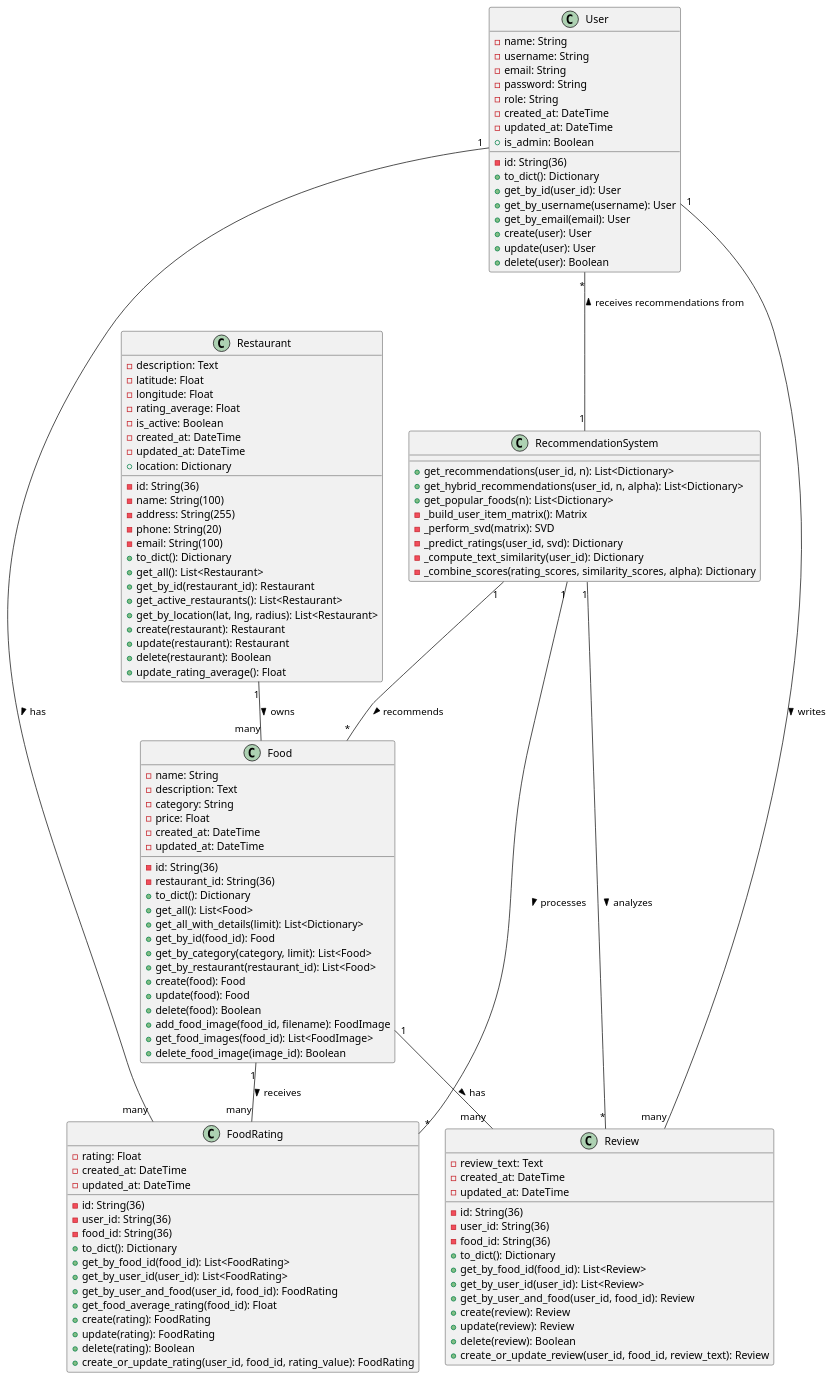
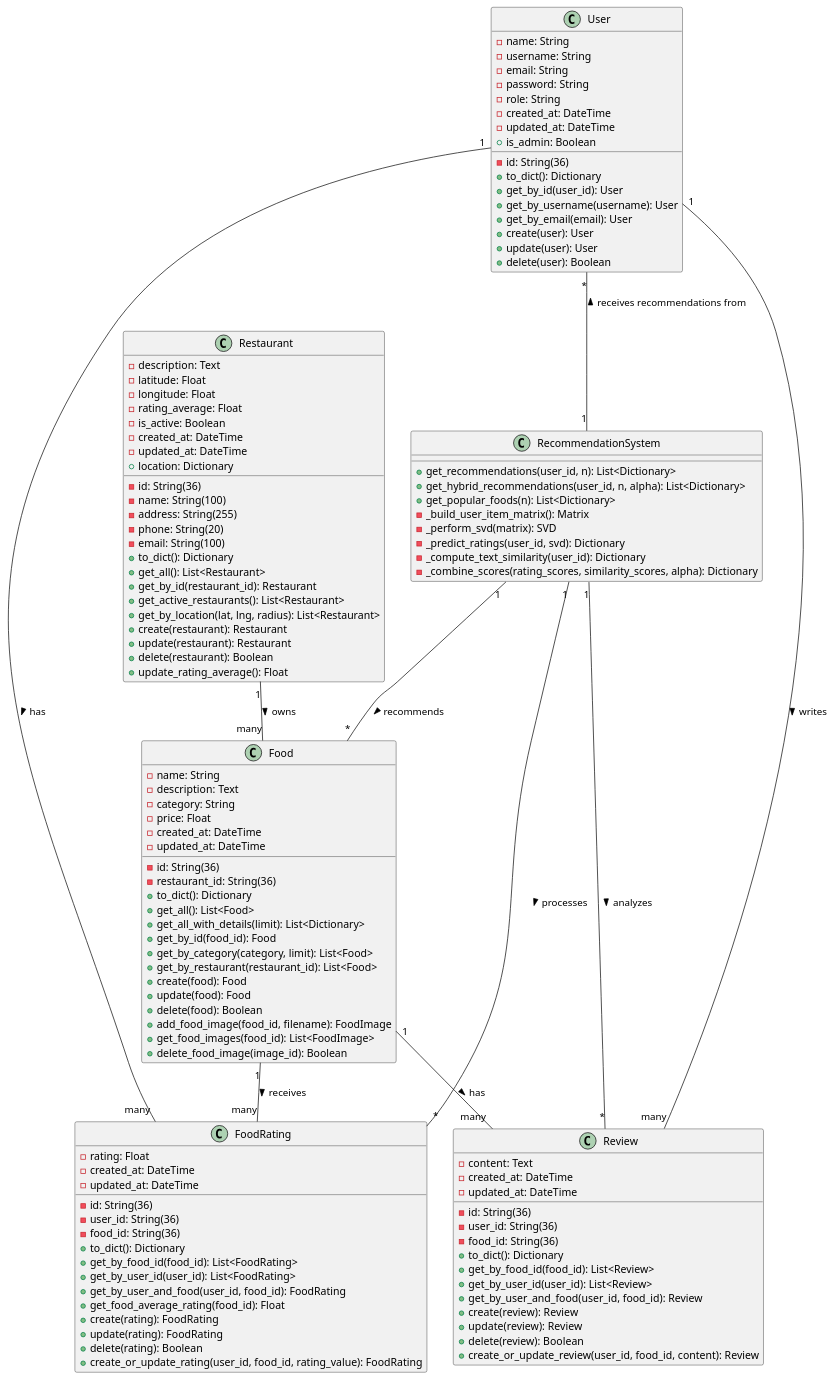
The diagram in backend/class_diagram.puml (asmindev/adza), drawn with PlantUML before and after one commit. The commit also changed 31 other files, not shown here.

```diff
--- a/backend/class_diagram.puml
+++ b/backend/class_diagram.puml
@@ -1,130 +1,130 @@
 @startuml GoFood API Class Diagram
 
 ' Class definitions with attributes and methods
 class User {
   -id: String(36)
   -name: String
   -username: String
   -email: String
   -password: String
   -role: String
   -created_at: DateTime
   -updated_at: DateTime
   +to_dict(): Dictionary
   +is_admin: Boolean
   +get_by_id(user_id): User
   +get_by_username(username): User
   +get_by_email(email): User
   +create(user): User
   +update(user): User
   +delete(user): Boolean
 }
 
 class Restaurant {
   -id: String(36)
   -name: String(100)
   -description: Text
   -address: String(255)
   -phone: String(20)
   -email: String(100)
   -latitude: Float
   -longitude: Float
   -rating_average: Float
   -is_active: Boolean
   -created_at: DateTime
   -updated_at: DateTime
   +to_dict(): Dictionary
   +location: Dictionary
   +get_all(): List<Restaurant>
   +get_by_id(restaurant_id): Restaurant
   +get_active_restaurants(): List<Restaurant>
   +get_by_location(lat, lng, radius): List<Restaurant>
   +create(restaurant): Restaurant
   +update(restaurant): Restaurant
   +delete(restaurant): Boolean
   +update_rating_average(): Float
 }
 
 class Food {
   -id: String(36)
   -name: String
   -description: Text
   -category: String
   -price: Float
   -restaurant_id: String(36)
   -created_at: DateTime
   -updated_at: DateTime
   +to_dict(): Dictionary
   +get_all(): List<Food>
   +get_all_with_details(limit): List<Dictionary>
   +get_by_id(food_id): Food
   +get_by_category(category, limit): List<Food>
   +get_by_restaurant(restaurant_id): List<Food>
   +create(food): Food
   +update(food): Food
   +delete(food): Boolean
   +add_food_image(food_id, filename): FoodImage
   +get_food_images(food_id): List<FoodImage>
   +delete_food_image(image_id): Boolean
 }
 
 class FoodRating {
   -id: String(36)
   -user_id: String(36)
   -food_id: String(36)
   -rating: Float
   -created_at: DateTime
   -updated_at: DateTime
   +to_dict(): Dictionary
   +get_by_food_id(food_id): List<FoodRating>
   +get_by_user_id(user_id): List<FoodRating>
   +get_by_user_and_food(user_id, food_id): FoodRating
   +get_food_average_rating(food_id): Float
   +create(rating): FoodRating
   +update(rating): FoodRating
   +delete(rating): Boolean
   +create_or_update_rating(user_id, food_id, rating_value): FoodRating
 }
 
 class Review {
   -id: String(36)
   -user_id: String(36)
   -food_id: String(36)
-  -review_text: Text
+  -content: Text
   -created_at: DateTime
   -updated_at: DateTime
   +to_dict(): Dictionary
   +get_by_food_id(food_id): List<Review>
   +get_by_user_id(user_id): List<Review>
   +get_by_user_and_food(user_id, food_id): Review
   +create(review): Review
   +update(review): Review
   +delete(review): Boolean
-  +create_or_update_review(user_id, food_id, review_text): Review
+  +create_or_update_review(user_id, food_id, content): Review
 }
 
 class RecommendationSystem {
   +get_recommendations(user_id, n): List<Dictionary>
   +get_hybrid_recommendations(user_id, n, alpha): List<Dictionary>
   +get_popular_foods(n): List<Dictionary>
   -_build_user_item_matrix(): Matrix
   -_perform_svd(matrix): SVD
   -_predict_ratings(user_id, svd): Dictionary
   -_compute_text_similarity(user_id): Dictionary
   -_combine_scores(rating_scores, similarity_scores, alpha): Dictionary
 }
 
 ' Relationships
 User "1" -- "many" FoodRating : has >
 User "1" -- "many" Review : writes >
 Restaurant "1" -- "many" Food : owns >
 Food "1" -- "many" FoodRating : receives >
 Food "1" -- "many" Review : has >
 
 ' Adjusted direction to show recommendations flow to users
 User "*" -- "1" RecommendationSystem : < receives recommendations from
 RecommendationSystem "1" -- "*" FoodRating : processes >
 RecommendationSystem "1" -- "*" Review : analyzes >
 RecommendationSystem "1" -- "*" Food : recommends >
 
 @enduml
```
